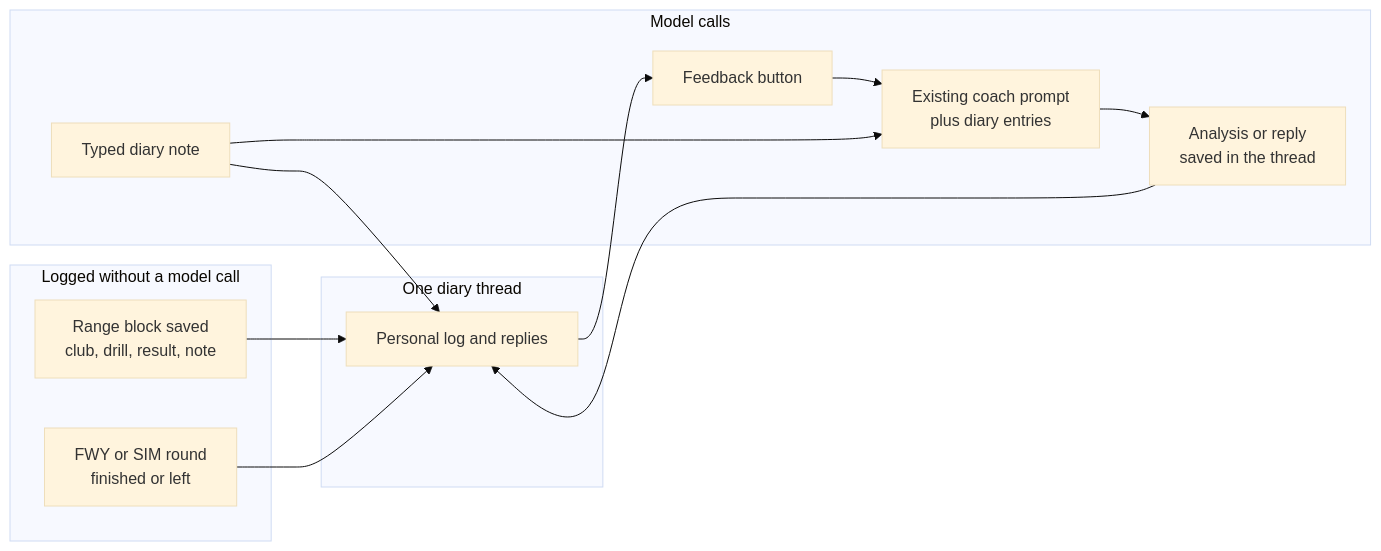
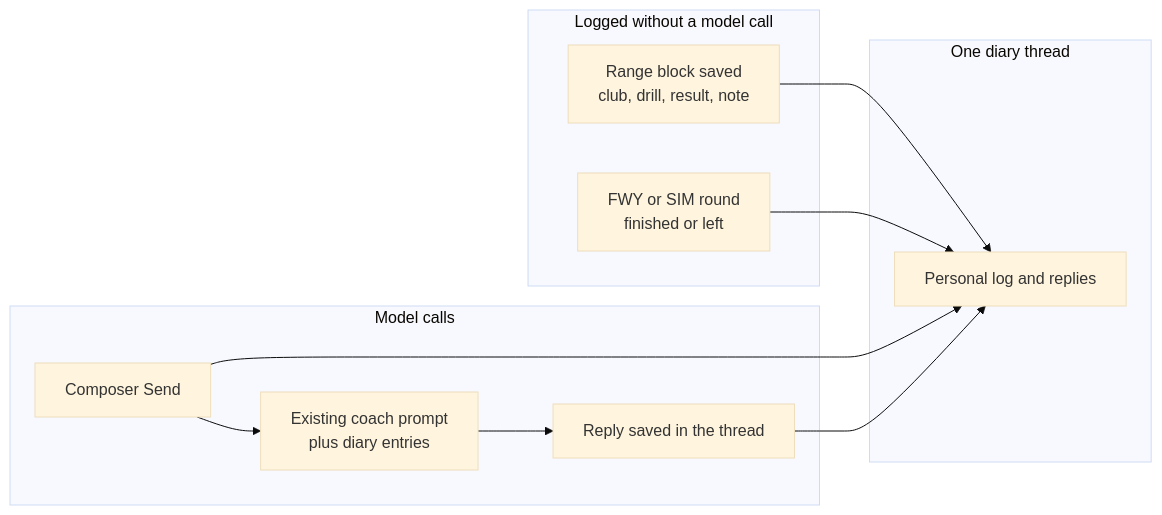
The diagram in docs/context/PRD.md (ograva/My-Golf-Diary), drawn with Mermaid (base theme) before and after one commit. The commit also changed other lines of this file and 8 other files, not shown here.

````diff
--- a/docs/context/PRD.md
+++ b/docs/context/PRD.md
@@ -198,24 +266,21 @@
 ```mermaid
 flowchart LR
   subgraph Writes [Logged without a model call]
     Block["Range block saved\nclub, drill, result, note"]
     Round["FWY or SIM round\nfinished or left"]
   end
   subgraph Thread [One diary thread]
     Entries["Personal log and replies"]
   end
   subgraph Ask [Model calls]
-    Feedback["Feedback button"]
-    Typed["Typed diary note"]
+    Typed["Composer Send"]
     Coach["Existing coach prompt\nplus diary entries"]
-    Reply["Analysis or reply\nsaved in the thread"]
+    Reply["Reply saved in the thread"]
   end
   Block --> Entries
   Round --> Entries
-  Entries --> Feedback
-  Feedback --> Coach
   Typed --> Entries
   Typed --> Coach
   Coach --> Reply
   Reply --> Entries
 ```
````
